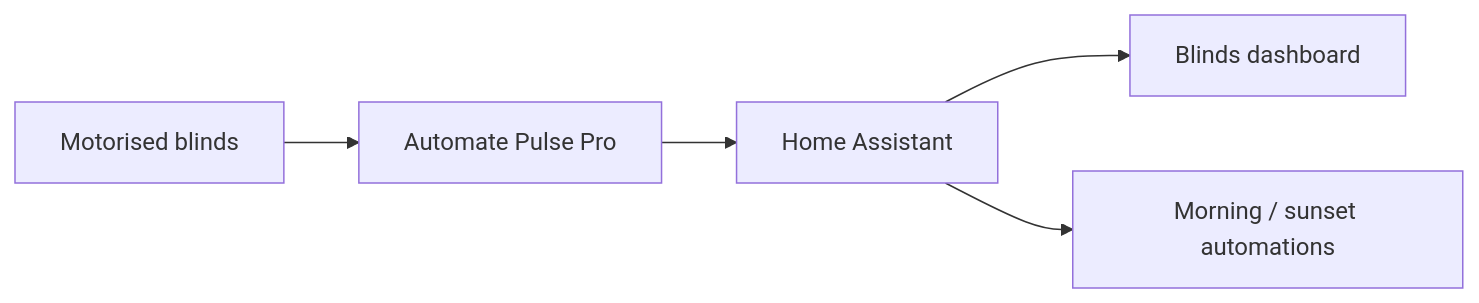
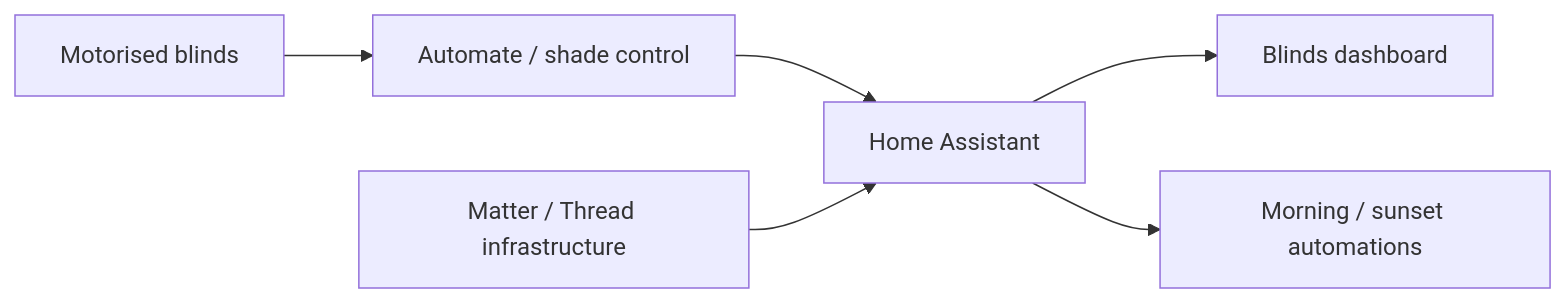
One commit to Darksplat/Home-Assistant-Smart-Home-Infrastructure changed the diagram in systems/blinds/README.md. Above: the diagram before and after it, drawn with Mermaid. The commit also changed other lines of this file, not shown here.

````diff
--- a/systems/blinds/README.md
+++ b/systems/blinds/README.md
@@ -7,7 +7,8 @@
 ```mermaid
 flowchart LR
-    BLINDS[Motorised blinds] --> HUB[Automate Pulse Pro]
+    BLINDS[Motorised blinds] --> HUB[Automate / shade control]
     HUB --> HA[Home Assistant]
+    MATTER[Matter / Thread infrastructure] --> HA
     HA --> DASH[Blinds dashboard]
     HA --> AUTO[Morning / sunset automations]
 ```
````
